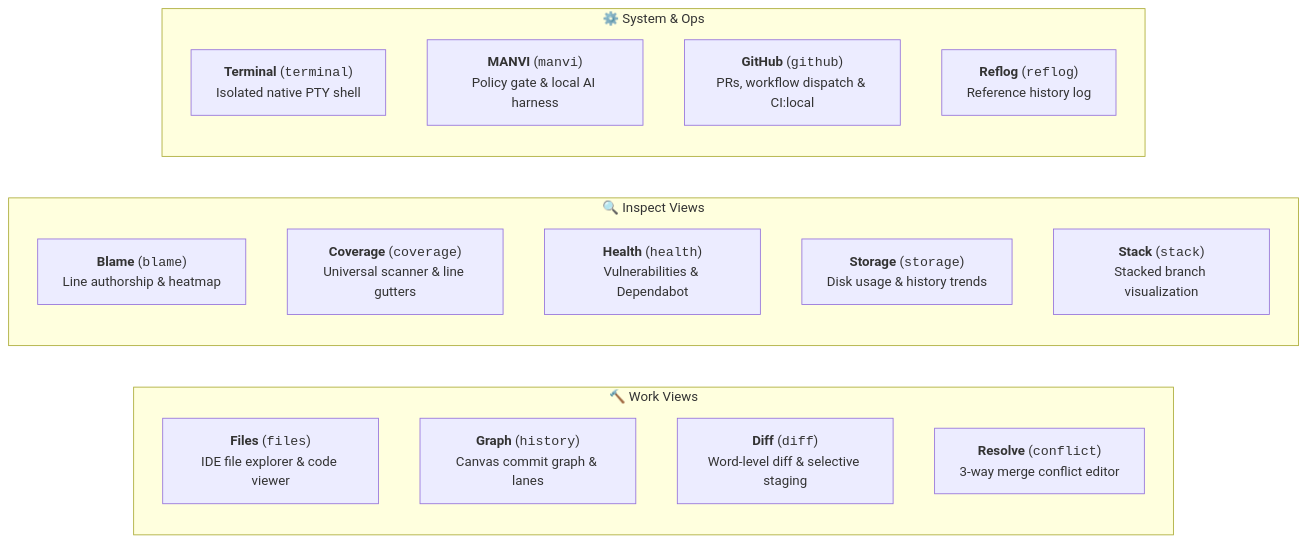
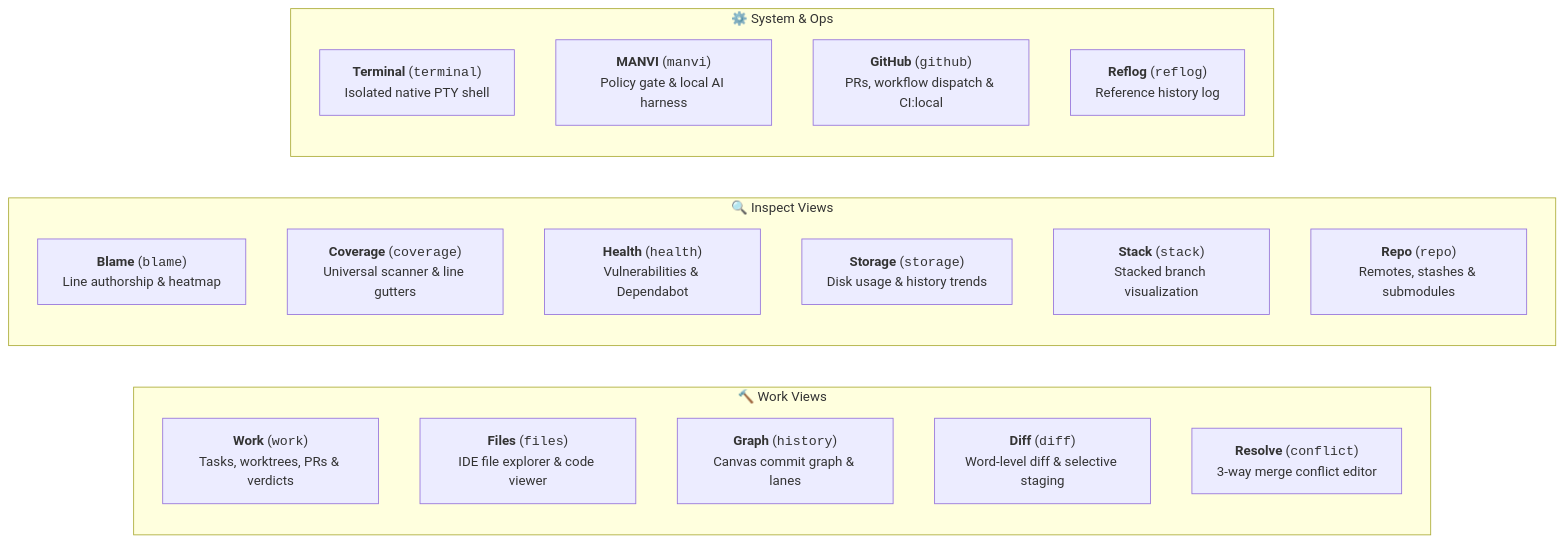
The second of 4 diagrams in README.md (bharathvbcr/GitPulse), drawn with Mermaid before and after one commit. The commit also changed other lines of this file and 2 other files, not shown here.

````diff
--- a/README.md
+++ b/README.md
@@ -91,24 +91,26 @@
 ```mermaid
 flowchart LR
     subgraph Work["🔨 Work Views"]
+        WorkTab["<b>Work</b> (<code>work</code>)<br/>Tasks, worktrees, PRs & verdicts"]
         Files["<b>Files</b> (<code>files</code>)<br/>IDE file explorer & code viewer"]
         Graph["<b>Graph</b> (<code>history</code>)<br/>Canvas commit graph & lanes"]
         Diff["<b>Diff</b> (<code>diff</code>)<br/>Word-level diff & selective staging"]
         Conflict["<b>Resolve</b> (<code>conflict</code>)<br/>3-way merge conflict editor"]
     end
 
     subgraph Inspect["🔍 Inspect Views"]
         Blame["<b>Blame</b> (<code>blame</code>)<br/>Line authorship & heatmap"]
         Coverage["<b>Coverage</b> (<code>coverage</code>)<br/>Universal scanner & line gutters"]
         Health["<b>Health</b> (<code>health</code>)<br/>Vulnerabilities & Dependabot"]
         Storage["<b>Storage</b> (<code>storage</code>)<br/>Disk usage & history trends"]
         Stack["<b>Stack</b> (<code>stack</code>)<br/>Stacked branch visualization"]
+        Repo["<b>Repo</b> (<code>repo</code>)<br/>Remotes, stashes & submodules"]
     end
 
     subgraph System["⚙️ System & Ops"]
         Terminal["<b>Terminal</b> (<code>terminal</code>)<br/>Isolated native PTY shell"]
         MANVI["<b>MANVI</b> (<code>manvi</code>)<br/>Policy gate & local AI harness"]
         GitHub["<b>GitHub</b> (<code>github</code>)<br/>PRs, workflow dispatch & CI:local"]
         Reflog["<b>Reflog</b> (<code>reflog</code>)<br/>Reference history log"]
     end
 ```
````
